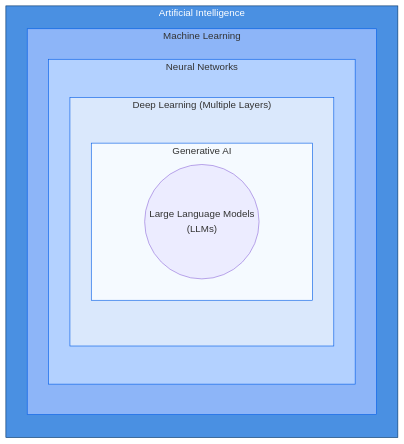
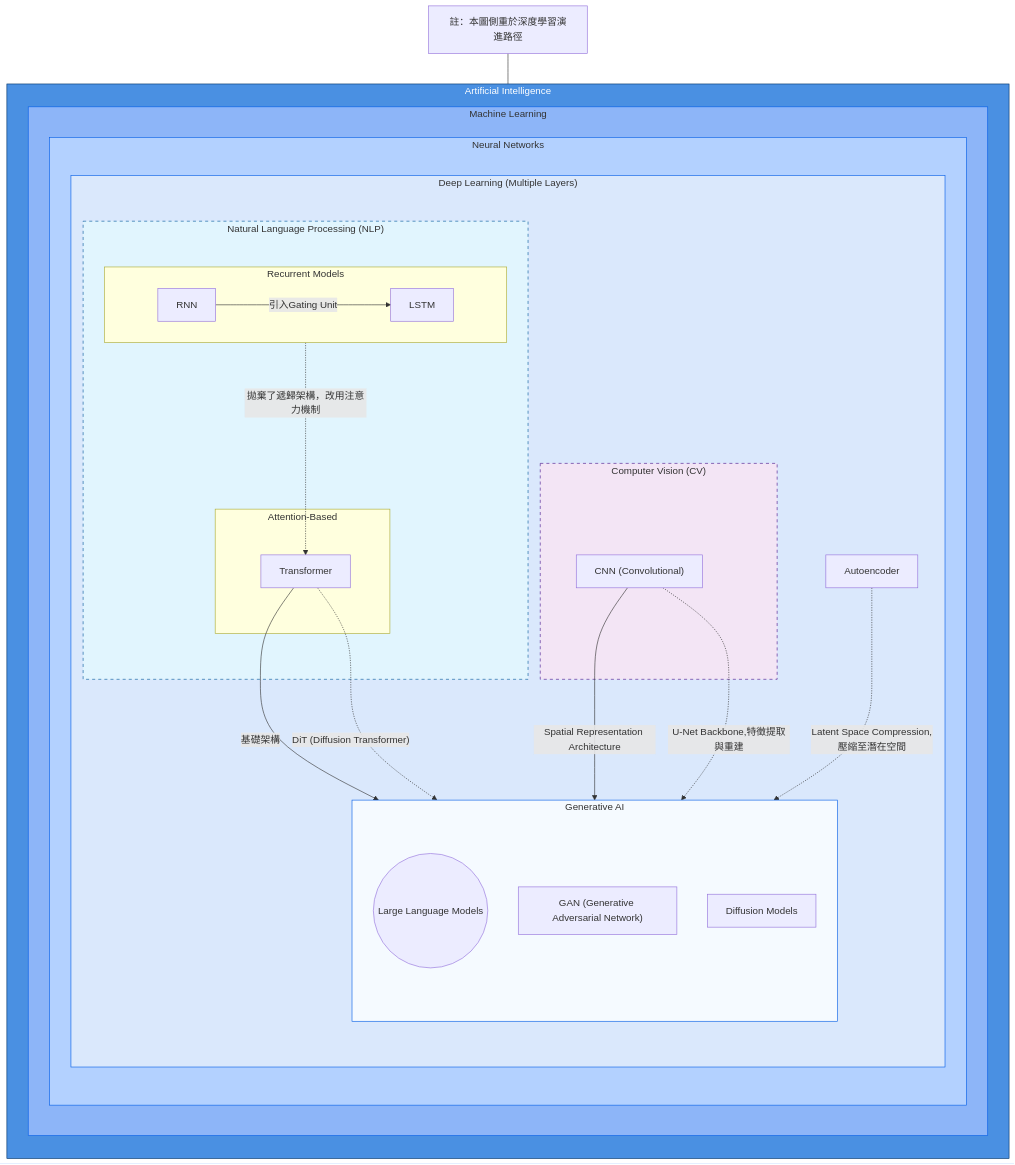
The diagram in notes/AI.md (JacksonWu901224/profile), drawn with Mermaid before and after one commit. The commit also changed other lines of this file and 1 other file, not shown here.

````diff
--- a/notes/AI.md
+++ b/notes/AI.md
@@ -5,25 +5,58 @@
 ```mermaid
 flowchart TD
     subgraph AI ["Artificial Intelligence"]
         direction TB
         subgraph ML ["Machine Learning"]
             direction TB
             subgraph NN ["Neural Networks"]
                 direction TB
                 subgraph DL ["Deep Learning (Multiple Layers)"]
                     direction TB
+
+                    %% NLP Path
+                    subgraph NLP_Domain ["Natural Language Processing (NLP)"]
+                        subgraph RNN_Sub ["Recurrent Models"]
+                            RNN["RNN"] --引入Gating Unit--> LSTM["LSTM"]
+                        end
+                        subgraph AB[Attention-Based]
+                          TF["Transformer"]
+                        end
+                    end
+
+                    %% CV Path
+                    subgraph CV_Domain ["Computer Vision (CV)"]
+                        CNN["CNN (Convolutional)"]
+                    end
+
                     subgraph GenAI ["Generative AI"]
-                        LLM(("Large Language Models </br>(LLMs)"))
+                        direction TB
+                        LLM(("Large Language Models"))
+                        GAN["GAN (Generative Adversarial Network)"]
+                        DM["Diffusion Models"]
                     end
+                    
+                    %% Connections
+                    RNN_Sub -.拋棄了遞歸架構，改用注意力機制.-> TF
+                    TF --基礎架構--> LLM
+                    TF -.DiT (Diffusion Transformer).-> DM
+                    CNN --Spatial Representation Architecture--> GAN
+                    CNN -.U-Net Backbone,特徵提取與重建.-> DM
+                    AE["Autoencoder"] -.Latent Space Compression,壓縮至潛在空間.-> DM
                 end
             end
         end
     end
 
-    %% Styles for clarity
+    %% 註解說明
+    Note["註：本圖側重於深度學習演進路徑"]
+    Note --- AI
+
+    %% Styles
     style AI fill:#4a90e2,stroke:#003366,color:#fff
     style ML fill:#8db5f8,stroke:#005ce6
     style NN fill:#b3d1ff,stroke:#005ce6
     style DL fill:#dae8fc,stroke:#005ce6
     style GenAI fill:#f5faff,stroke:#005ce6
+    style NLP_Domain fill:#e1f5fe,stroke:#01579b,stroke-dasharray: 5 5
+    style CV_Domain fill:#f3e5f5,stroke:#4a148c,stroke-dasharray: 5 5
 ```
````
